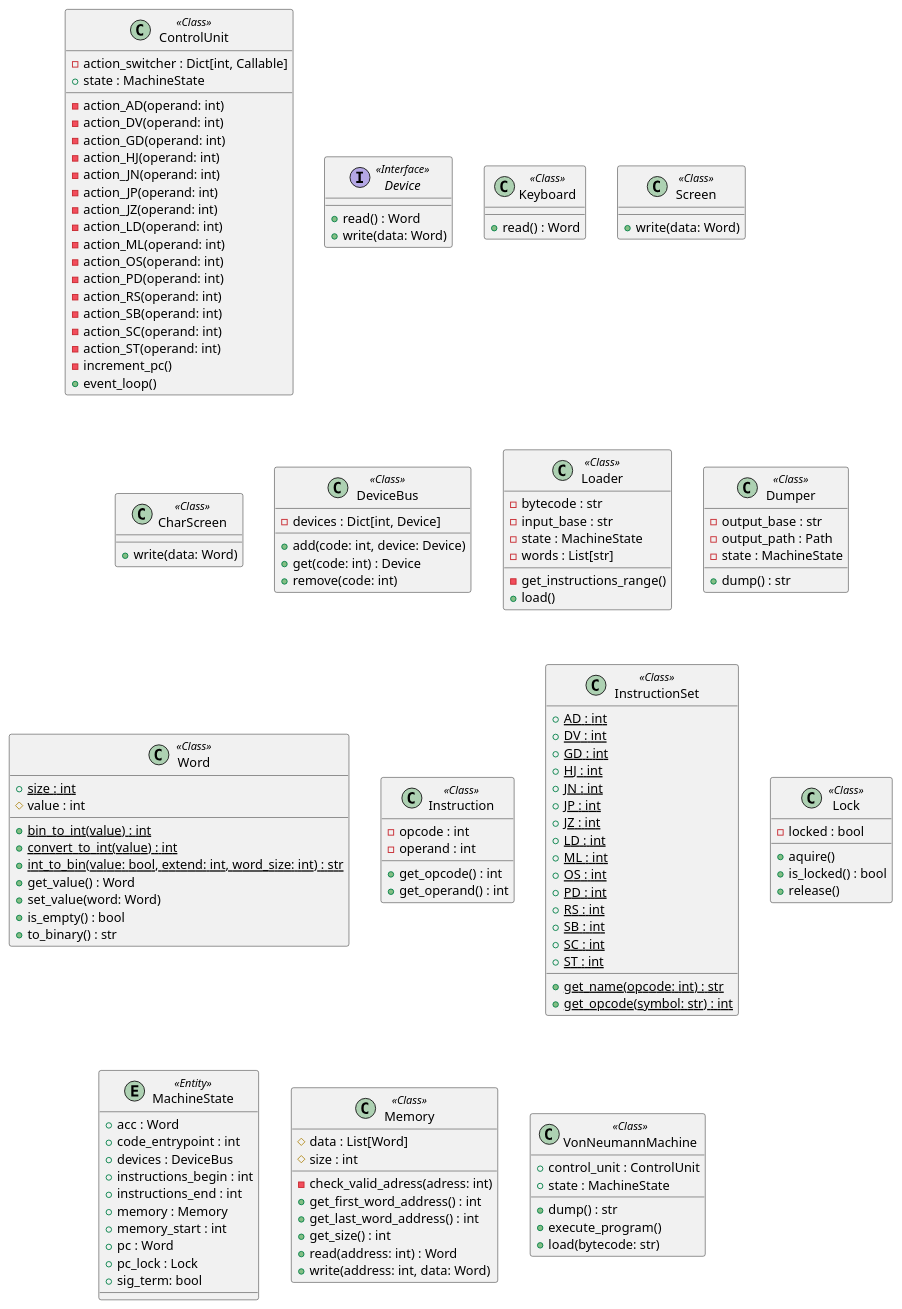
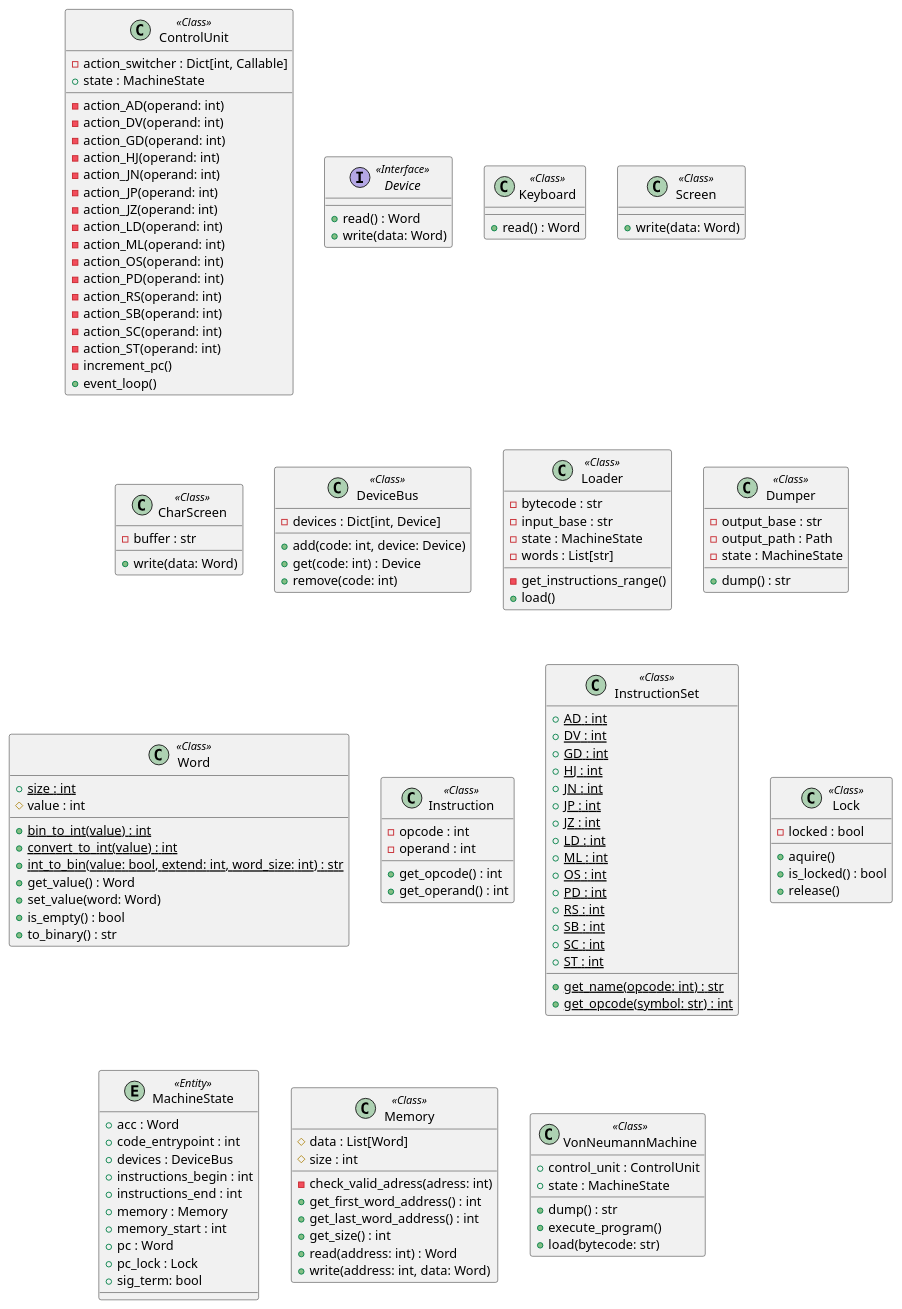
Before and after one commit to nmcardoso/von-neumann-machine: the diagram in uml/classes.iuml, drawn with PlantUML. The commit also changed 6 other files, not shown here.

Commit message:
:sparkles: correção dos diagramas

```diff
--- a/uml/classes.iuml
+++ b/uml/classes.iuml
@@ -1,188 +1,189 @@
 @startuml classes
 set namespaceSeparator none
 
 ''''''''''''''''''''''''''''''''''''''''''''''
 '''''''''''''' PACKAGE: CONTROL ''''''''''''''
 ''''''''''''''''''''''''''''''''''''''''''''''
 
 class "ControlUnit" as pyvnm.vm.control.ControlUnit <<Class>> {
   -action_switcher : Dict[int, Callable]
   +state : MachineState
   -action_AD(operand: int)
   -action_DV(operand: int)
   -action_GD(operand: int)
   -action_HJ(operand: int)
   -action_JN(operand: int)
   -action_JP(operand: int)
   -action_JZ(operand: int)
   -action_LD(operand: int)
   -action_ML(operand: int)
   -action_OS(operand: int)
   -action_PD(operand: int)
   -action_RS(operand: int)
   -action_SB(operand: int)
   -action_SC(operand: int)
   -action_ST(operand: int)
   -increment_pc()
   +event_loop()
 }
 
 
 '''''''''''''''''''''''''''''''''''''''''''''
 '''''''''''''' PACKAGE: DEVICE ''''''''''''''
 '''''''''''''''''''''''''''''''''''''''''''''
 
 interface "Device" as pyvnm.vm.device.Device <<Interface>> {
   +read() : Word
   +write(data: Word)
 }
 
 class "Keyboard" as pyvnm.vm.device.Keyboard <<Class>> {
   +read() : Word
 }
 
 class "Screen" as pyvnm.vm.device.Screen <<Class>> {
   +write(data: Word)
 }
 
 class "CharScreen" as pyvnm.vm.device.CharScreen <<Class>> {
+  -buffer : str
   +write(data: Word)
 }
 
 class "DeviceBus" as pyvnm.vm.device.DeviceBus <<Class>> {
   -devices : Dict[int, Device]
   +add(code: int, device: Device)
   +get(code: int) : Device 
   +remove(code: int)
 }
 
 
 '''''''''''''''''''''''''''''''''''''''''''''
 '''''''''''''' PACKAGE: LOADER ''''''''''''''
 '''''''''''''''''''''''''''''''''''''''''''''
 
 class "Loader" as pyvnm.system.loader.Loader <<Class>> {
   -bytecode : str
   -input_base : str
   -state : MachineState
   -words : List[str]
   -get_instructions_range()
   +load()
 }
 
 
 '''''''''''''''''''''''''''''''''''''''''''''
 '''''''''''''' PACKAGE: DUMPER ''''''''''''''
 '''''''''''''''''''''''''''''''''''''''''''''
 
 class "Dumper" as pyvnm.system.loader.Dumper <<Class>> {
   -output_base : str
   -output_path : Path
   -state : MachineState
   +dump() : str
 }
 
 
 ''''''''''''''''''''''''''''''''''''''''''
 '''''''''''''' PACKAGE: ISA ''''''''''''''
 ''''''''''''''''''''''''''''''''''''''''''
 
 class "Word" as pyvnm.vm.isa.Word <<Class>> {
   +{static}size : int
   #value : int
   +{static}bin_to_int(value) : int
   +{static}convert_to_int(value) : int
   +{static}int_to_bin(value: bool, extend: int, word_size: int) : str
   +get_value() : Word
   +set_value(word: Word)
   +is_empty() : bool
   +to_binary() : str
 }
 
 class "Instruction" as pyvnm.vm.isa.Instruction <<Class>> {
   -opcode : int
   -operand : int
   +get_opcode() : int
   +get_operand() : int
   ' +{static}build(opcode: int, operand: int) : Instruction
 }
 
 class "InstructionSet" as pyvnm.vm.isa.InstructionSet <<Class>> {
   +{static}AD : int
   +{static}DV : int
   +{static}GD : int
   +{static}HJ : int
   +{static}JN : int
   +{static}JP : int
   +{static}JZ : int
   +{static}LD : int
   +{static}ML : int
   +{static}OS : int
   +{static}PD : int
   +{static}RS : int
   +{static}SB : int
   +{static}SC : int
   +{static}ST : int
   +{static}get_name(opcode: int) : str
   +{static}get_opcode(symbol: str) : int
 }
 
 
 '''''''''''''''''''''''''''''''''''''''''''''
 '''''''''''''' PACKAGE: UTILS '''''''''''''''
 '''''''''''''''''''''''''''''''''''''''''''''
 
 class "Lock" as pyvnm.vm.utils.Lock <<Class>> {
   -locked : bool
   +aquire()
   +is_locked() : bool
   +release()
 }
 
 
 ''''''''''''''''''''''''''''''''''''''''''''
 '''''''''''''' PACKAGE: STATE ''''''''''''''
 ''''''''''''''''''''''''''''''''''''''''''''
 
 entity "MachineState" as pyvnm.vm.state.MachineState <<Entity>> {
   +acc : Word
   +code_entrypoint : int
   +devices : DeviceBus
   +instructions_begin : int
   +instructions_end : int
   +memory : Memory
   +memory_start : int
   +pc : Word
   +pc_lock : Lock
   +sig_term: bool
 }
 
 
 '''''''''''''''''''''''''''''''''''''''''''''
 '''''''''''''' PACKAGE: MEMORY ''''''''''''''
 '''''''''''''''''''''''''''''''''''''''''''''
 
 class "Memory" as pyvnm.vm.memory.Memory <<Class>> {
   #data : List[Word]
   #size : int
   -check_valid_adress(adress: int)
   +get_first_word_address() : int
   +get_last_word_address() : int
   +get_size() : int
   +read(address: int) : Word
   +write(address: int, data: Word)
 }
 
 
 ''''''''''''''''''''''''''''''''''''''''''
 '''''''''''''' PACKAGE: VNM ''''''''''''''
 ''''''''''''''''''''''''''''''''''''''''''
 
 class "VonNeumannMachine" as pyvnm.vm.vnm.VonNeumannMachine <<Class>> {
   +control_unit : ControlUnit
   +state : MachineState
   +dump() : str
   +execute_program()
   +load(bytecode: str)
 }
 @enduml
```
